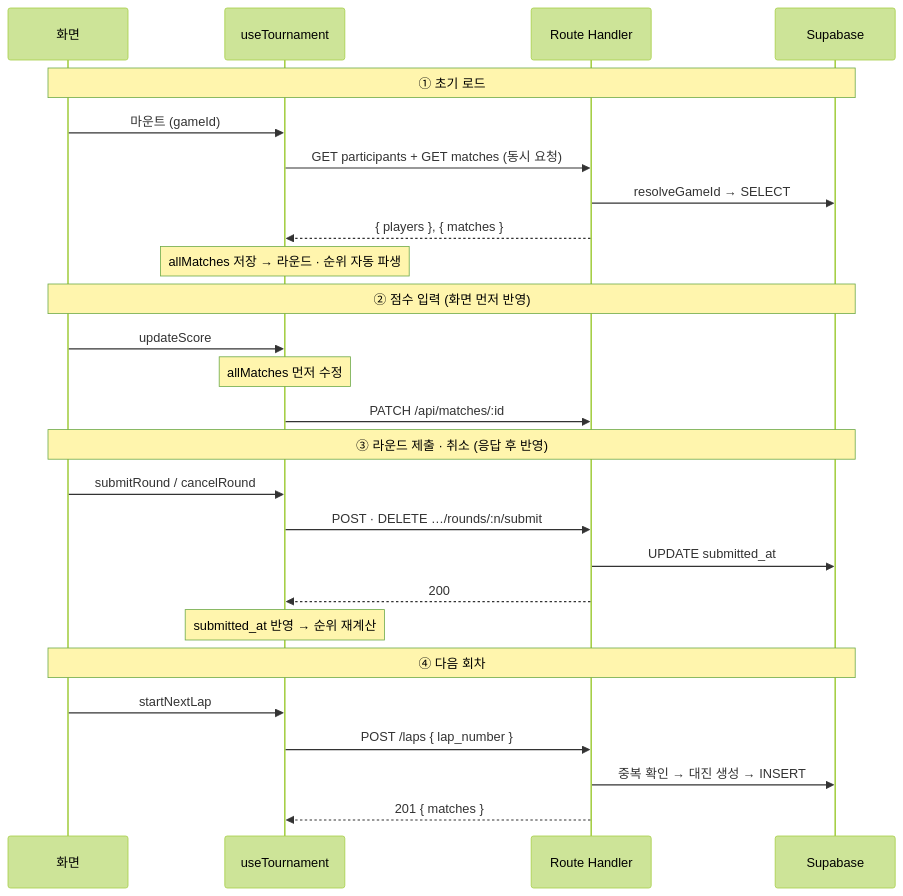
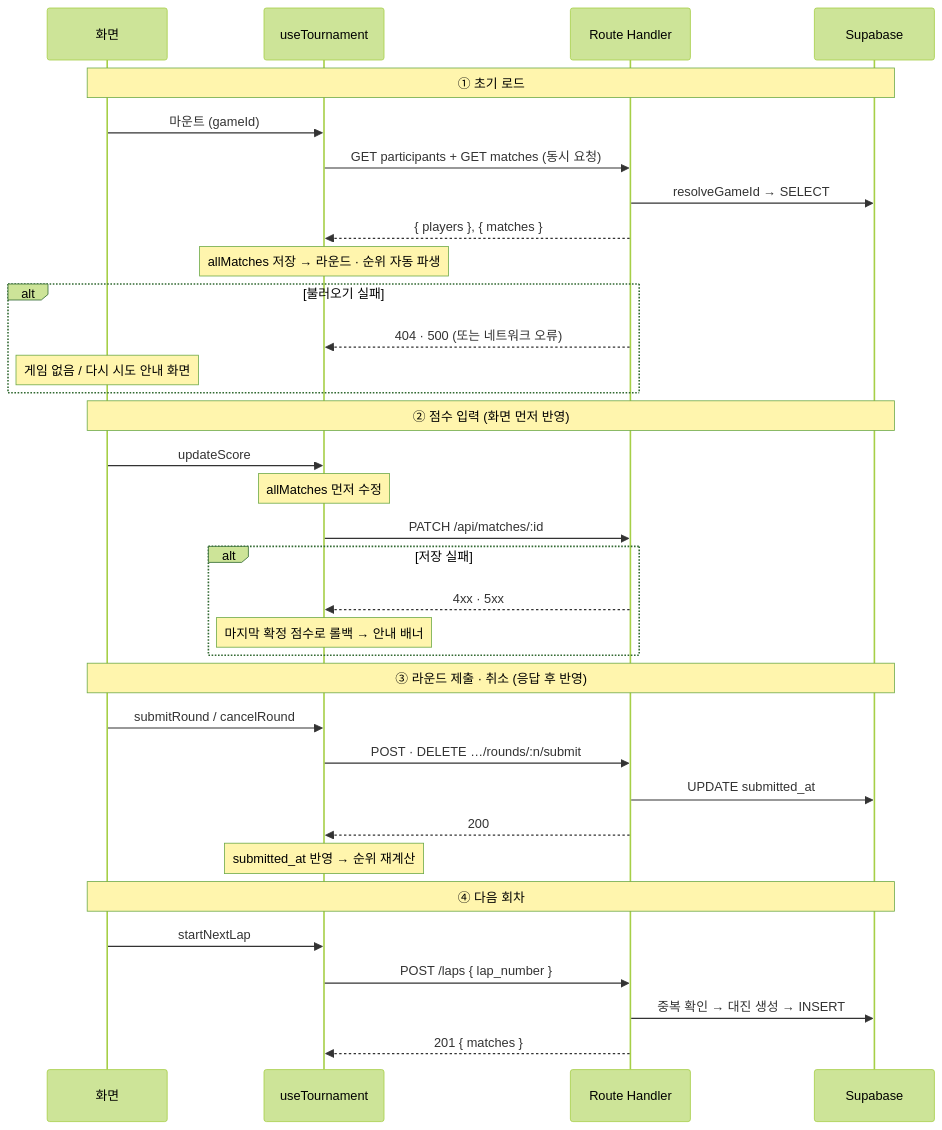
Before and after one commit to jen454/match_up: the fourth of 4 diagrams in README.md, drawn with Mermaid (forest theme). The commit also changed other lines of this file, not shown here.

````diff
--- a/README.md
+++ b/README.md
@@ -116,32 +118,40 @@
 ```mermaid
 sequenceDiagram
     participant UI as 화면
     participant Hook as useTournament
     participant API as Route Handler
     participant DB as Supabase
 
     Note over UI,DB: ① 초기 로드
     UI->>Hook: 마운트 (gameId)
     Hook->>API: GET participants + GET matches (동시 요청)
     API->>DB: resolveGameId → SELECT
     API-->>Hook: { players }, { matches }
     Note over Hook: allMatches 저장 → 라운드 · 순위 자동 파생
+    alt 불러오기 실패
+        API-->>Hook: 404 · 500 (또는 네트워크 오류)
+        Note over UI: 게임 없음 / 다시 시도 안내 화면
+    end
 
     Note over UI,DB: ② 점수 입력 (화면 먼저 반영)
     UI->>Hook: updateScore
     Note over Hook: allMatches 먼저 수정
     Hook->>API: PATCH /api/matches/:id
+    alt 저장 실패
+        API-->>Hook: 4xx · 5xx
+        Note over Hook: 마지막 확정 점수로 롤백 → 안내 배너
+    end
 
     Note over UI,DB: ③ 라운드 제출 · 취소 (응답 후 반영)
     UI->>Hook: submitRound / cancelRound
     Hook->>API: POST · DELETE …/rounds/:n/submit
     API->>DB: UPDATE submitted_at
     API-->>Hook: 200
     Note over Hook: submitted_at 반영 → 순위 재계산
 
     Note over UI,DB: ④ 다음 회차
     UI->>Hook: startNextLap
     Hook->>API: POST /laps { lap_number }
     API->>DB: 중복 확인 → 대진 생성 → INSERT
     API-->>Hook: 201 { matches }
 ```
````
